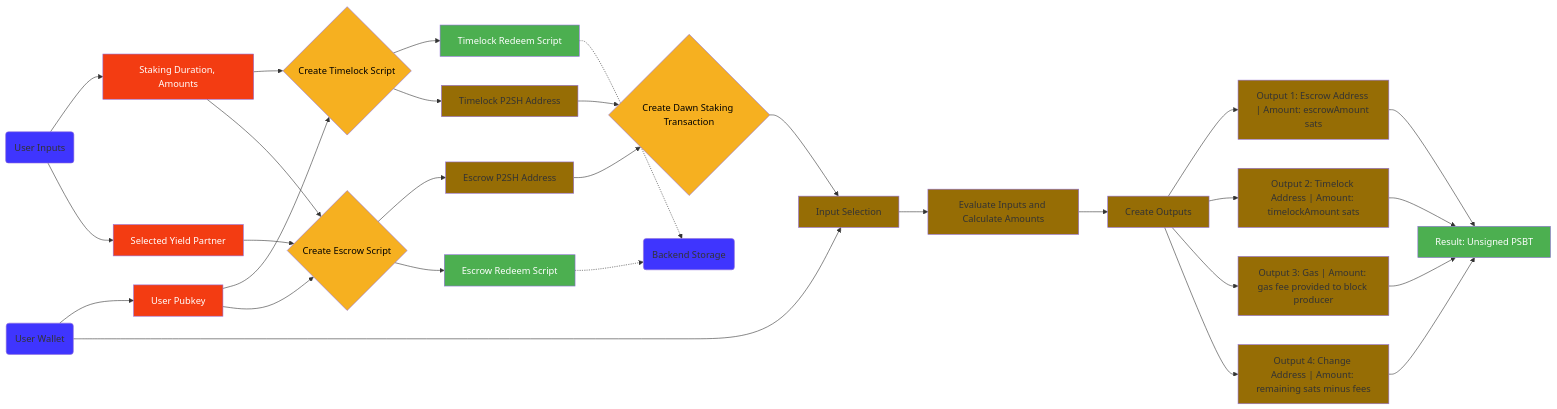
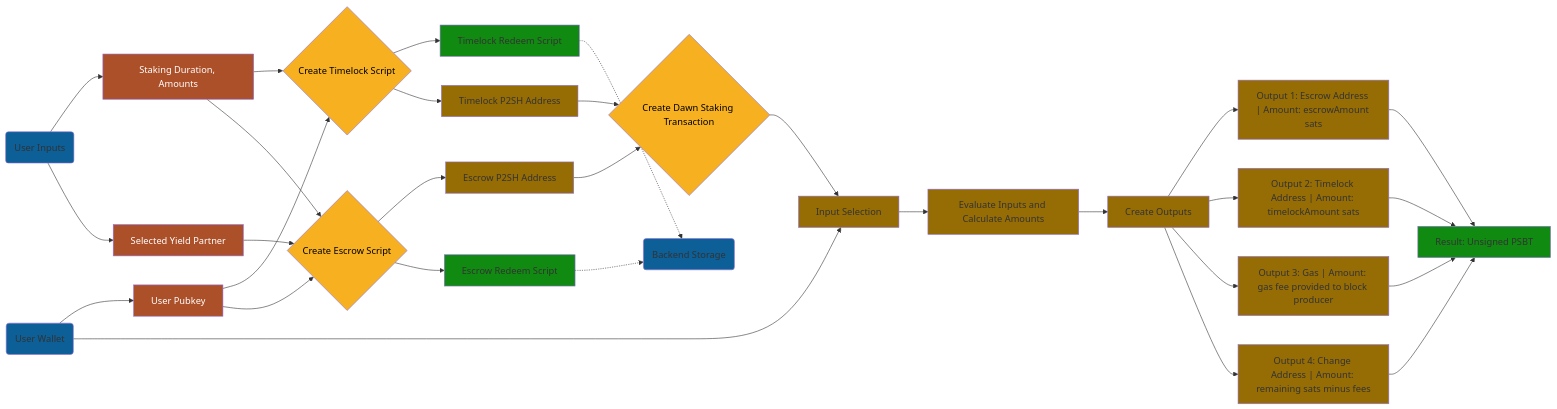
One commit to sundial-protocol/btc-locker changed the first of 2 diagrams in spec/v0/user-stories.md. Above: the diagram before and after it, drawn with Mermaid. The commit also changed other lines of this file, not shown here.

Commit message:
stake withdrawal mermaid diagram

````diff
--- a/spec/v0/user-stories.md
+++ b/spec/v0/user-stories.md
@@ -36,51 +36,51 @@
 ```mermaid
 flowchart LR
     Wallet(User Wallet) --> UserPkh[User Pubkey]
     Input(User Inputs) --> Duration[Staking Duration, Amounts]
     Input --> YieldPartner[Selected Yield Partner]
 
     UserPkh --> MkTimelock{Create Timelock Script}
     Duration --> MkTimelock
     Duration --> MkEscrow{Create Escrow Script}
     YieldPartner --> MkEscrow
     UserPkh --> MkEscrow
 
     MkTimelock --> TimelockScript[Timelock Redeem Script]
     MkTimelock --> TimelockP2SH[Timelock P2SH Address]
     MkEscrow --> EscrowP2SH[Escrow P2SH Address]
     MkEscrow --> EscrowScript[Escrow Redeem Script]
 
     TimelockP2SH --> Tx{Create Dawn Staking Transaction}
     EscrowP2SH --> Tx
 
     TimelockScript -.-> Backend(Backend Storage)
     EscrowScript -.-> Backend
 
     Tx --> Selection[Input Selection]
     Wallet --> Selection
 
     Selection --> Evaluate["Evaluate Inputs and Calculate Amounts"]
 
     Evaluate --> Creation[Create Outputs]
     Creation --> O1["Output 1: Escrow Address | Amount: escrowAmount sats"]
     Creation --> O2["Output 2: Timelock Address | Amount: timelockAmount sats"]
     Creation --> O3["Output 3: Gas | Amount: gas fee provided to block producer"]
     Creation --> O4["Output 4: Change Address | Amount: remaining sats minus fees"]
 
     O1 --> Result[Result: Unsigned PSBT]
     O2 --> Result
     O3 --> Result
     O4 --> Result
 
-    classDef actor fill:#3f35fe
+    classDef actor fill:#0c5f97
     classDef methodStep fill:#966D05
-    classDef result fill:#4caf50,color:#fff
-    classDef input fill:#f33c12,color:#fff
+    classDef result fill:#118a12
+    classDef input fill:#ac502a,color:#fff
     classDef method fill:#F6B020,color:#000
 
     class Wallet,Input,Backend actor
     class TimelockP2SH,EscrowP2SH,O1,O2,O3,O4,Selection,Evaluate,Creation methodStep
     class EscrowScript,TimelockScript,Result result
     class MkTimelock,MkEscrow,Tx method
     class UserPkh,Duration,YieldPartner input
 ```
````
